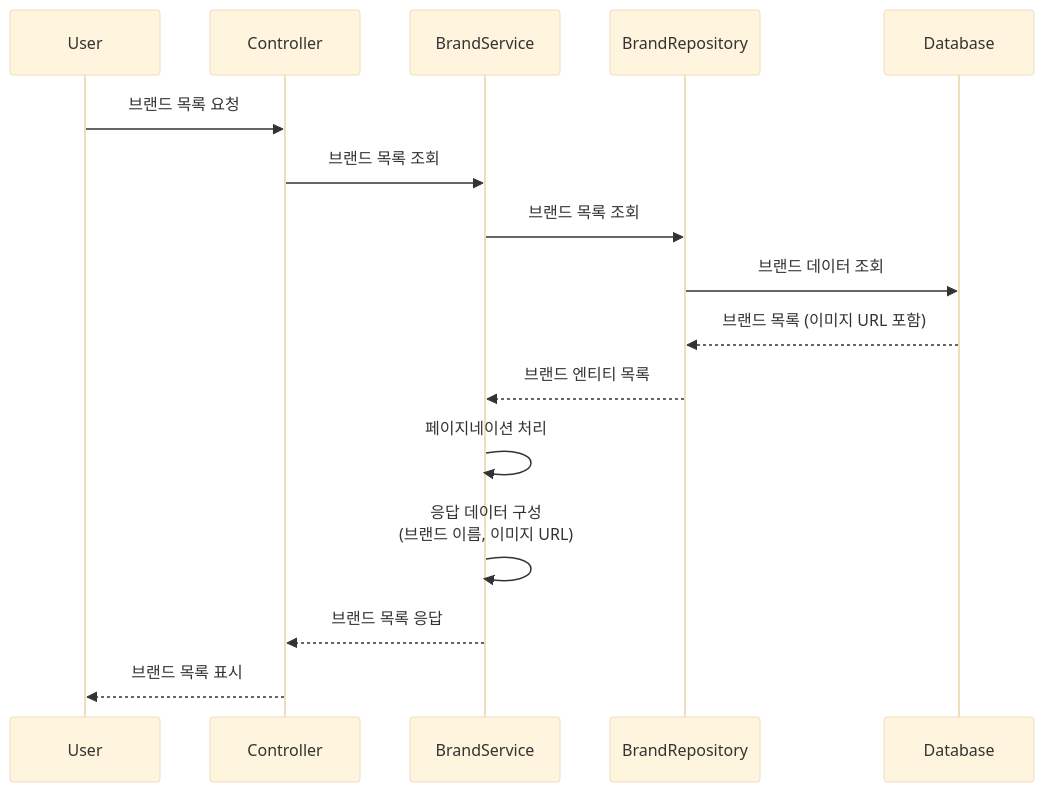
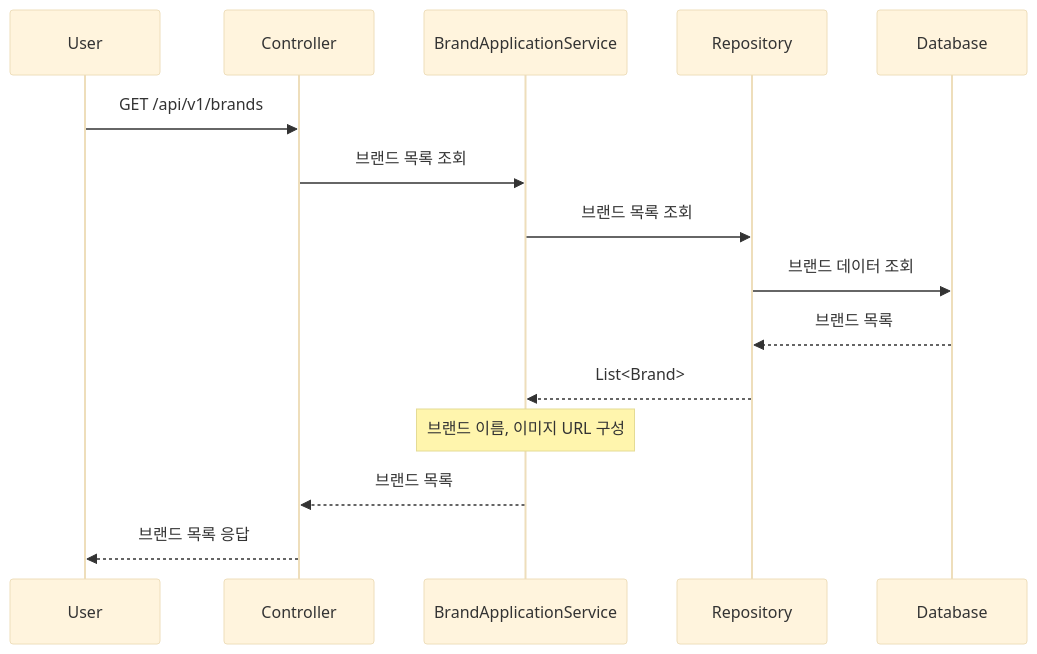
The first of 10 diagrams in docs/design/02-sequence-diagrams.md (h2jinee/loopers), drawn with Mermaid (base theme) before and after one commit. The commit also changed other lines of this file and 3 other files, not shown here.

````diff
--- a/docs/design/02-sequence-diagrams.md
+++ b/docs/design/02-sequence-diagrams.md
@@ -3,21 +3,21 @@
 ```mermaid
 sequenceDiagram
     participant U as User
     participant C as Controller
-    participant BS as BrandService
-    participant BR as BrandRepository
+    participant AS as BrandApplicationService
+    participant Repo as Repository
     participant DB as Database
 
-    U->>C: 브랜드 목록 요청
-    C->>BS: 브랜드 목록 조회
-    BS->>BR: 브랜드 목록 조회
-    BR->>DB: 브랜드 데이터 조회
-    DB-->>BR: 브랜드 목록 (이미지 URL 포함)
-    BR-->>BS: 브랜드 엔티티 목록
+    U->>C: GET /api/v1/brands
+    C->>AS: 브랜드 목록 조회
     
-    BS->>BS: 페이지네이션 처리
-    BS->>BS: 응답 데이터 구성<br/>(브랜드 이름, 이미지 URL)
+    AS->>Repo: 브랜드 목록 조회
+    Repo->>DB: 브랜드 데이터 조회
+    DB-->>Repo: 브랜드 목록
+    Repo-->>AS: List<Brand>
     
-    BS-->>C: 브랜드 목록 응답
-    C-->>U: 브랜드 목록 표시
+    Note over AS: 브랜드 이름, 이미지 URL 구성
+    
+    AS-->>C: 브랜드 목록
+    C-->>U: 브랜드 목록 응답
 ```
````
